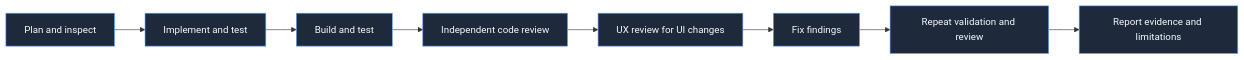
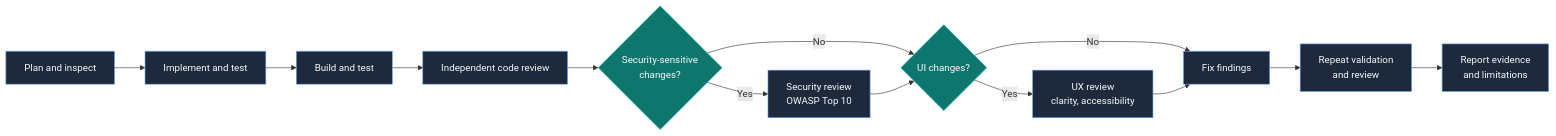
One commit to wmorgan69/light-controller-simulator changed the diagram in README.md. Above: the diagram before and after it, drawn with Mermaid. The commit also changed other lines of this file, not shown here.

Commit message:
Update agentic workflow diagram to include security and coverage reviews
Updated README.md:
- Diagram now shows Security review stage (conditional for security-sensitive PRs)
- Diagram shows UX review stage (conditional for UI changes)
- Updated agent descriptions to include new responsibilities:
  - Code reviewer: now explicitly checks code coverage impact
  - Security reviewer: added with OWASP Top 10 focus
  - CI workflow: now enforces code coverage (≥50% Phase 1)

Workflow now clearly shows:
  1. Code review (always)
  2. Security review (if security-sensitive: APIs, auth, sensitive data)
  3. UX review (if UI changes)
  4. Validation and re-review of fixes

````diff
--- a/README.md
+++ b/README.md
@@ -9,11 +9,18 @@
 ```mermaid
 flowchart LR
   Plan["Plan and inspect"] --> Build["Implement and test"]
   Build --> Validate["Build and test"]
   Validate --> CodeReview["Independent code review"]
-  CodeReview --> UXReview["UX review for UI changes"]
-  UXReview --> Rebuild["Fix findings"]
-  Rebuild --> FinalReview["Repeat validation and review"]
-  FinalReview --> Report["Report evidence and limitations"]
+  CodeReview --> SecurityReview{"Security-sensitive<br/>changes?"}
+  SecurityReview -->|Yes| SecReview["Security review<br/>OWASP Top 10"]
+  SecurityReview -->|No| UXReview{"UI changes?"}
+  SecReview --> UXReview
+  UXReview -->|Yes| UXCheck["UX review<br/>clarity, accessibility"]
+  UXReview -->|No| Rebuild["Fix findings"]
+  UXCheck --> Rebuild
+  Rebuild --> FinalReview["Repeat validation<br/>and review"]
+  FinalReview --> Report["Report evidence<br/>and limitations"]
   classDef default fill:#1E293B,stroke:#60A5FA,color:#F8FAFC;
+  classDef decision fill:#0F766E,stroke:#14B8A6,color:#F8FAFC;
+  class SecurityReview,UXReview decision;
 ```
````
